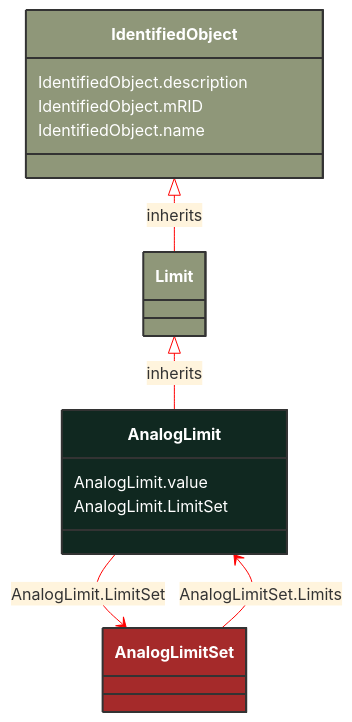
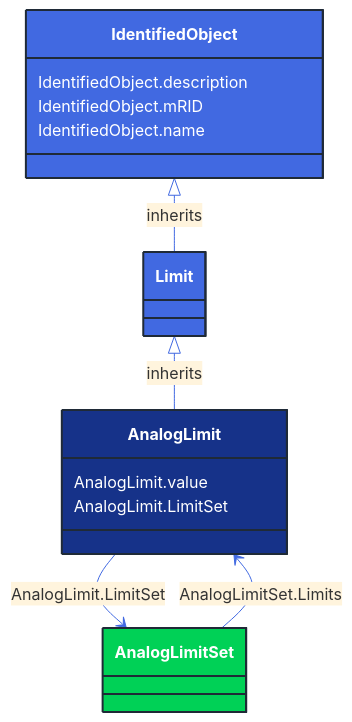
The diagram in docs/Models/Profiles/Operation/ConcreteClasses/AnalogLimit.md (3lbits/NoCIMExtensions), drawn with Mermaid before and after one commit. The commit also changed 362 other files, not shown here.

First line of the commit message:
Update diagrams and styles for improved visual consistency

````diff
--- a/docs/Models/Profiles/Operation/ConcreteClasses/AnalogLimit.md
+++ b/docs/Models/Profiles/Operation/ConcreteClasses/AnalogLimit.md
@@ -8,34 +8,34 @@
 ```mermaid
-%%{init: {'theme':'base','themeVariables': {'lineColor': '#FF0000'}}}%%
+%%{init: {'theme':'base','themeVariables': {'lineColor': '#4169E1'}}}%%
 classDiagram
     class AnalogLimit
     click AnalogLimit href "/Models/Profiles/Operation/ConcreteClasses/AnalogLimit/"
-    style AnalogLimit fill:#102820,stroke:#333,stroke-width:2px,rx:10,ry:10,color:white
+    style AnalogLimit fill:#163289,stroke:#1F2A37,stroke-width:2px,rx:10,ry:10,color:white
      
         Limit <|-- AnalogLimit : inherits
             click Limit href "/Models/Profiles/Operation/AbstractClasses/Limit/"
-            style Limit fill:#8F9779,stroke:#333,stroke-width:2px,rx:10,ry:10,color:white
+            style Limit fill:#4169E1,stroke:#1F2A37,stroke-width:2px,rx:10,ry:10,color:white
      
         IdentifiedObject <|-- Limit : inherits
             click IdentifiedObject href "/Models/Profiles/Operation/AbstractClasses/IdentifiedObject/"
-            style IdentifiedObject fill:#8F9779,stroke:#333,stroke-width:2px,rx:10,ry:10,color:white
+            style IdentifiedObject fill:#4169E1,stroke:#1F2A37,stroke-width:2px,rx:10,ry:10,color:white
 
         AnalogLimit --> AnalogLimitSet : AnalogLimit.LimitSet
 
         AnalogLimitSet
             click AnalogLimitSet href "/Models/Profiles/Operation/ConcreteClasses/AnalogLimitSet/"
-            style AnalogLimitSet fill:#A52A2A,stroke:#333,stroke-width:2px,rx:10,ry:10,color:white
+            style AnalogLimitSet fill:#00D156,stroke:#1F2A37,stroke-width:2px,rx:10,ry:10,color:white
 
         AnalogLimitSet --> AnalogLimit : AnalogLimitSet.Limits
 
         AnalogLimitSet
             click AnalogLimitSet href "/Models/Profiles/Operation/ConcreteClasses/AnalogLimitSet/"
-            style AnalogLimitSet fill:#A52A2A,stroke:#333,stroke-width:2px,rx:10,ry:10,color:white
+            style AnalogLimitSet fill:#00D156,stroke:#1F2A37,stroke-width:2px,rx:10,ry:10,color:white
 
 
         AnalogLimit : AnalogLimit.value
         AnalogLimit : AnalogLimit.LimitSet
         IdentifiedObject : IdentifiedObject.description
         IdentifiedObject : IdentifiedObject.mRID
         IdentifiedObject : IdentifiedObject.name
 ```
````
